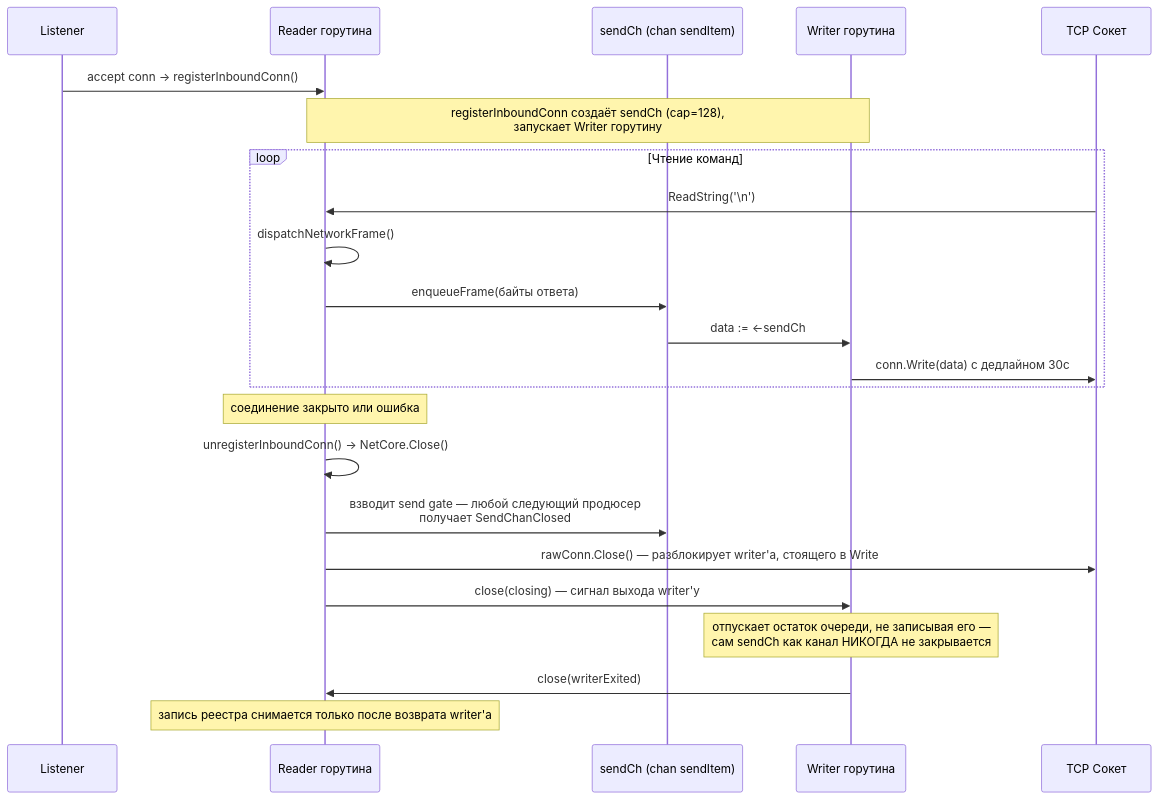
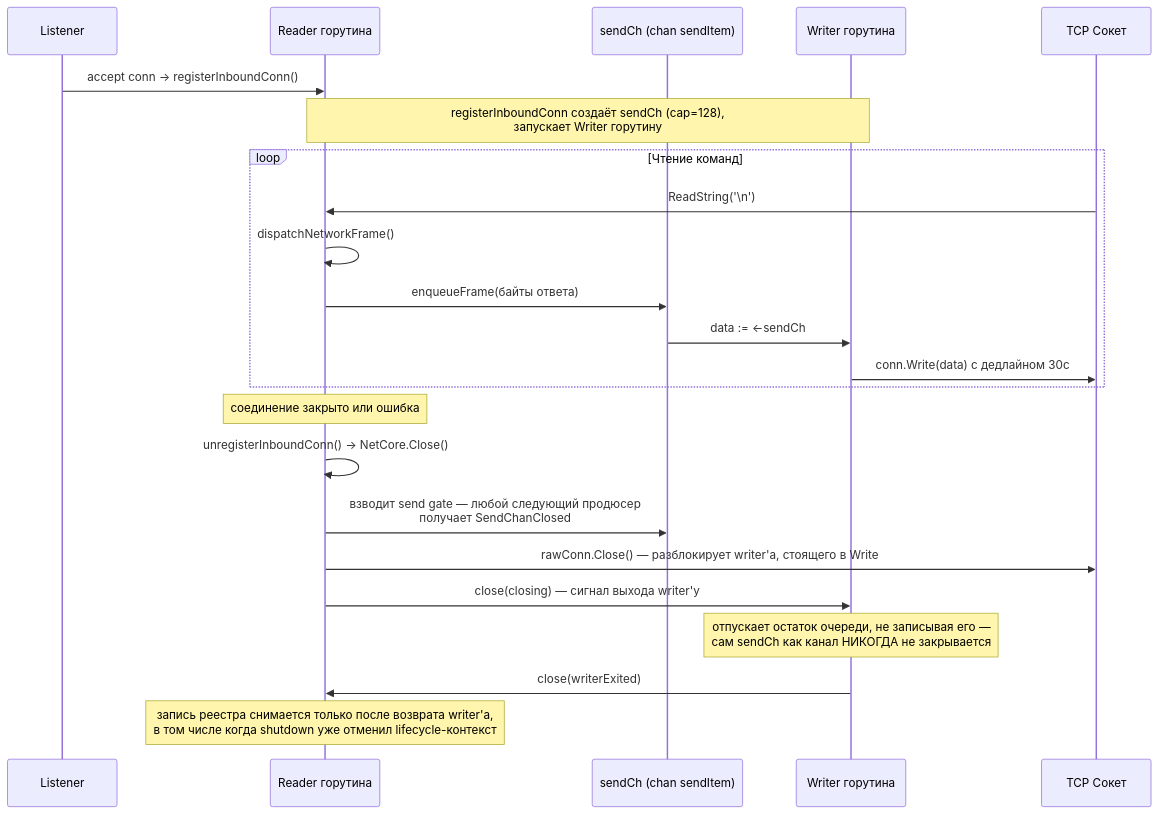
Diagram 17 of 18 in docs/mesh.md (piratecash/corsa), drawn with Mermaid before and after one commit. The commit also changed other lines of this file and 11 other files, not shown here.

````diff
--- a/docs/mesh.md
+++ b/docs/mesh.md
@@ -1432,28 +1442,28 @@
 ```mermaid
 sequenceDiagram
     participant Listener
     participant Reader as Reader горутина
     participant SendCh as sendCh (chan sendItem)
     participant Writer as Writer горутина
     participant Socket as TCP Сокет
 
     Listener->>Reader: accept conn → registerInboundConn()
     Note over Reader,Writer: registerInboundConn создаёт sendCh (cap=128),<br/>запускает Writer горутину
 
     loop Чтение команд
         Socket->>Reader: ReadString('\n')
         Reader->>Reader: dispatchNetworkFrame()
         Reader->>SendCh: enqueueFrame(байты ответа)
         SendCh->>Writer: data := <-sendCh
         Writer->>Socket: conn.Write(data) с дедлайном 30с
     end
 
     Note over Reader: соединение закрыто или ошибка
     Reader->>Reader: unregisterInboundConn() → NetCore.Close()
     Reader->>SendCh: взводит send gate — любой следующий продюсер<br/>получает SendChanClosed
     Reader->>Socket: rawConn.Close() — разблокирует writer'а, стоящего в Write
     Reader->>Writer: close(closing) — сигнал выхода writer'у
     Note over Writer: отпускает остаток очереди, не записывая его —<br/>сам sendCh как канал НИКОГДА не закрывается
     Writer->>Reader: close(writerExited)
-    Note over Reader: запись реестра снимается только после возврата writer'а
+    Note over Reader: запись реестра снимается только после возврата writer'а,<br/>в том числе когда shutdown уже отменил lifecycle-контекст
 ```
````
